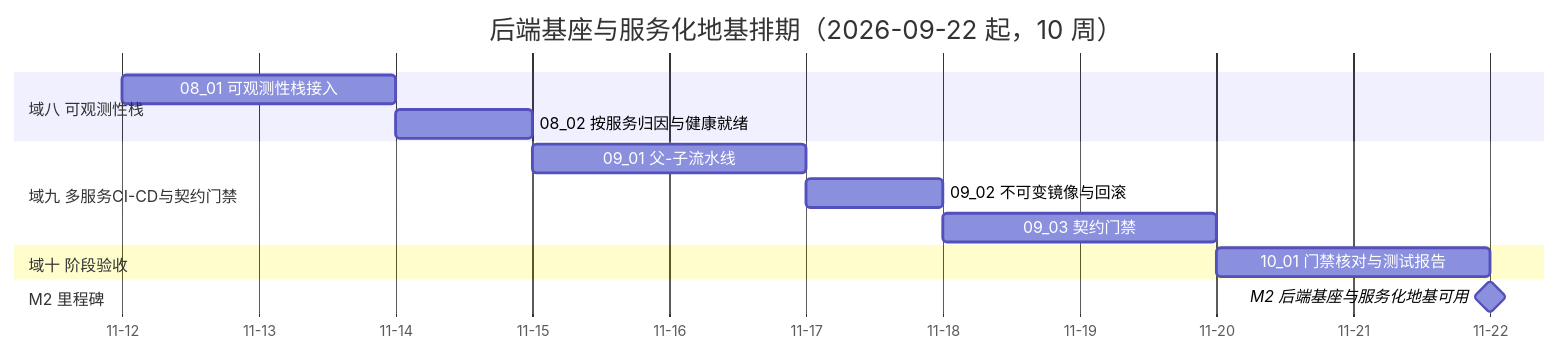
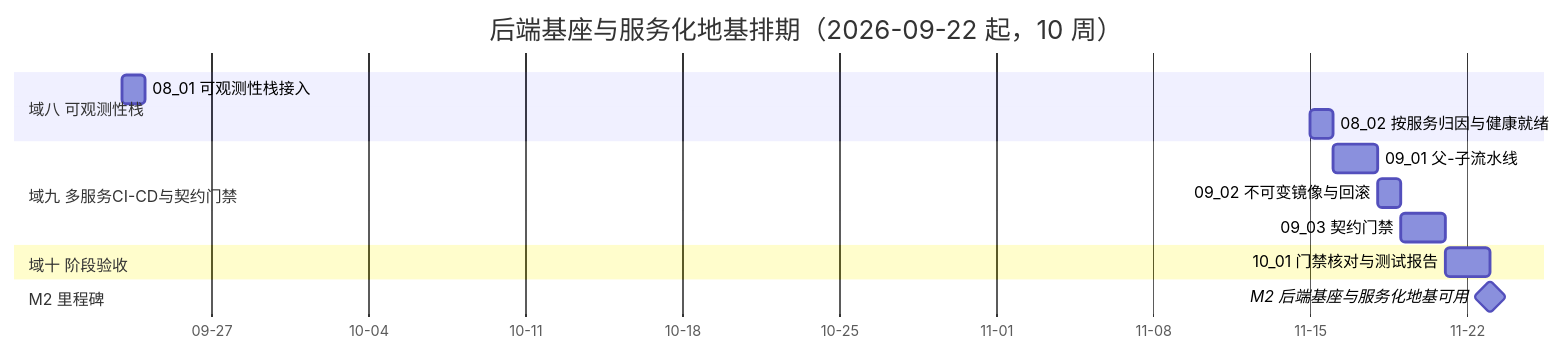
The diagram in bms文档/项目/02_后端基座与服务化地基/计划/01_计划_后端基座与服务化地基.md (minjian123/basic-management-system), drawn with Mermaid before and after one commit. The commit also changed other lines of this file and 13 other files, not shown here.

````diff
--- a/bms文档/项目/02_后端基座与服务化地基/计划/01_计划_后端基座与服务化地基.md
+++ b/bms文档/项目/02_后端基座与服务化地基/计划/01_计划_后端基座与服务化地基.md
@@ -58,17 +58,17 @@
 ```mermaid
 gantt
     title 后端基座与服务化地基排期（2026-09-22 起，10 周）
     dateFormat  YYYY-MM-DD
     axisFormat %m-%d
     section 域八 可观测性栈
-    08_01 可观测性栈接入 :a0801, 2026-11-12, 2d
-    08_02 按服务归因与健康就绪 :a0802, after a0801, 1d
+    08_01 可观测性栈接入 :a0801, 2026-09-23, 1d
+    08_02 按服务归因与健康就绪 :a0802, 2026-11-15, 1d
     section 域九 多服务CI-CD与契约门禁
     09_01 父-子流水线 :a0901, after a0802, 2d
     09_02 不可变镜像与回滚 :a0902, after a0901, 1d
     09_03 契约门禁 :a0903, after a0902, 2d
     section 域十 阶段验收
     10_01 门禁核对与测试报告 :a1001, after a0903, 2d
     section M2 里程碑
     M2 后端基座与服务化地基可用 :milestone, mm2, after a1001, 0d
 ```
````
